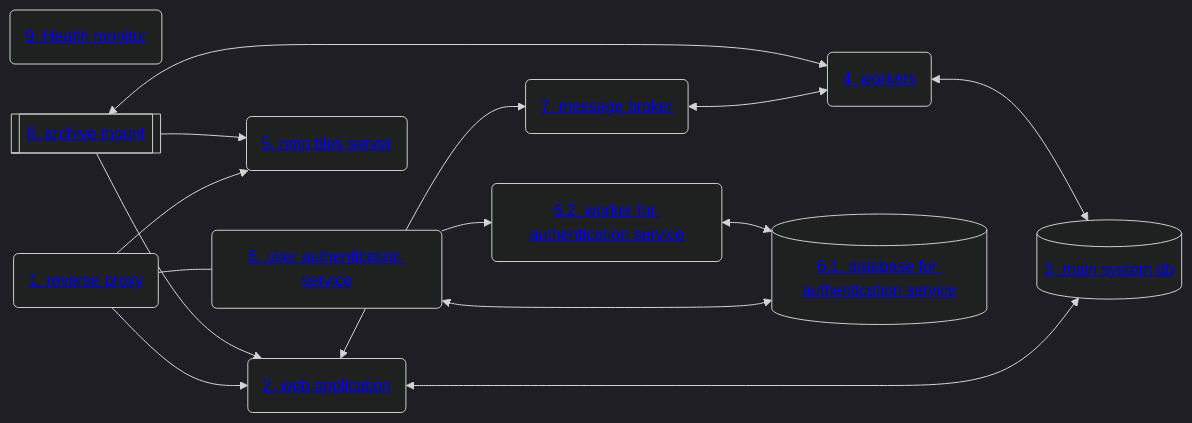
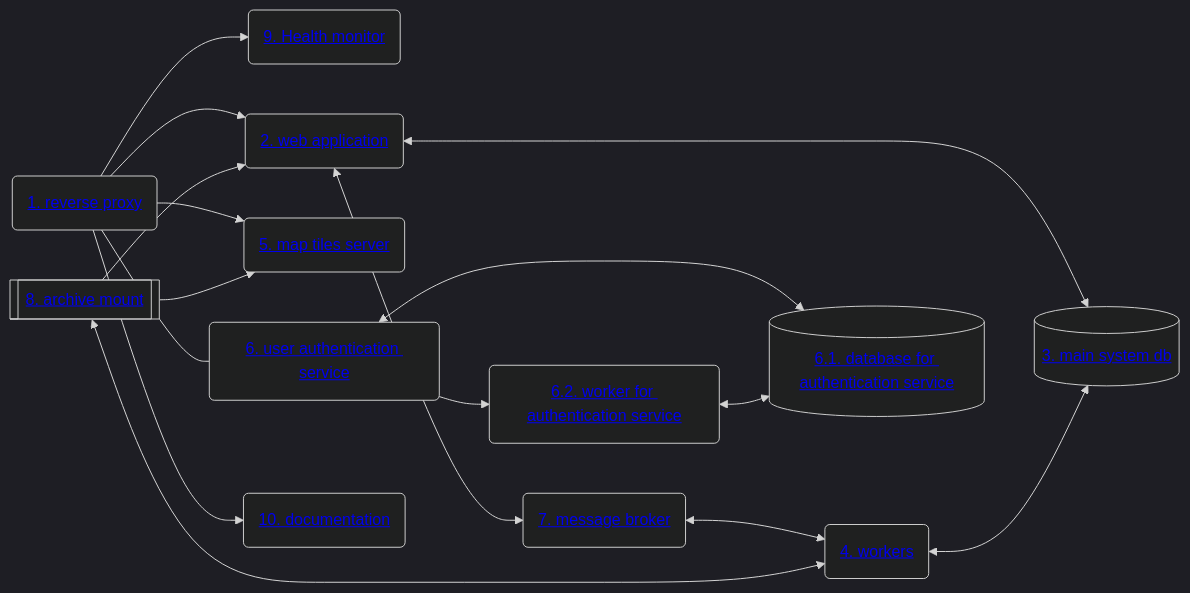
The diagram in docs/admin-guide.pt.md (NaturalGIS/seis-lab-data), drawn with Mermaid (dark theme) before and after one commit. The commit also changed other lines of this file and 3 other files, not shown here.

````diff
--- a/docs/admin-guide.pt.md
+++ b/docs/admin-guide.pt.md
@@ -471,27 +698,30 @@
 ```mermaid
 flowchart LR
     monitor(<a href="#9-componente-health-monitor">9. Health monitor</a>)
     rev-proxy(<a href="#1-componente-reverse-proxy">1. reverse proxy</a>)
     webapp(<a href="#2-componente-web-application">2. web application</a>)
     db[(<a href="#3-componente-main-system-db">3. main system db</a>)]
     workers(<a href="#4-componente-workers">4. workers</a>)
     tile-server(<a href="#5-componente-map-tiles-server">5. map tiles server</a>)
     auth-webapp(<a href="#6-componente-user-authentication-service">6. user authentication service</a>)
     auth-db[(<a href="#61-componente-database-for-authentication-service">6.1. database for authentication service</a>)]
     auth-worker(<a href="#62-componente-worker-for-authentication-service">6.2. worker for authentication service</a>)
     message-broker(<a href="#7-componente-message-broker">7. message broker</a>)
     arch[[<a href="#8-componente-archive-mount">8. archive mount</a>]]
+    docs(<a href="#10-componente-documentation">10. documentation</a>)
     rev-proxy --> webapp
     rev-proxy --> tile-server
+    rev-proxy --> monitor
+    rev-proxy --> docs
     rev-proxy --- auth-webapp
     auth-webapp <--> auth-db
     auth-webapp --> auth-worker
     auth-worker <--> auth-db
     webapp <--> db
     workers <--> db
     webapp <--> message-broker
     message-broker <--> workers
     arch --> webapp
     arch --> tile-server
     arch <--> workers
 ```
````
